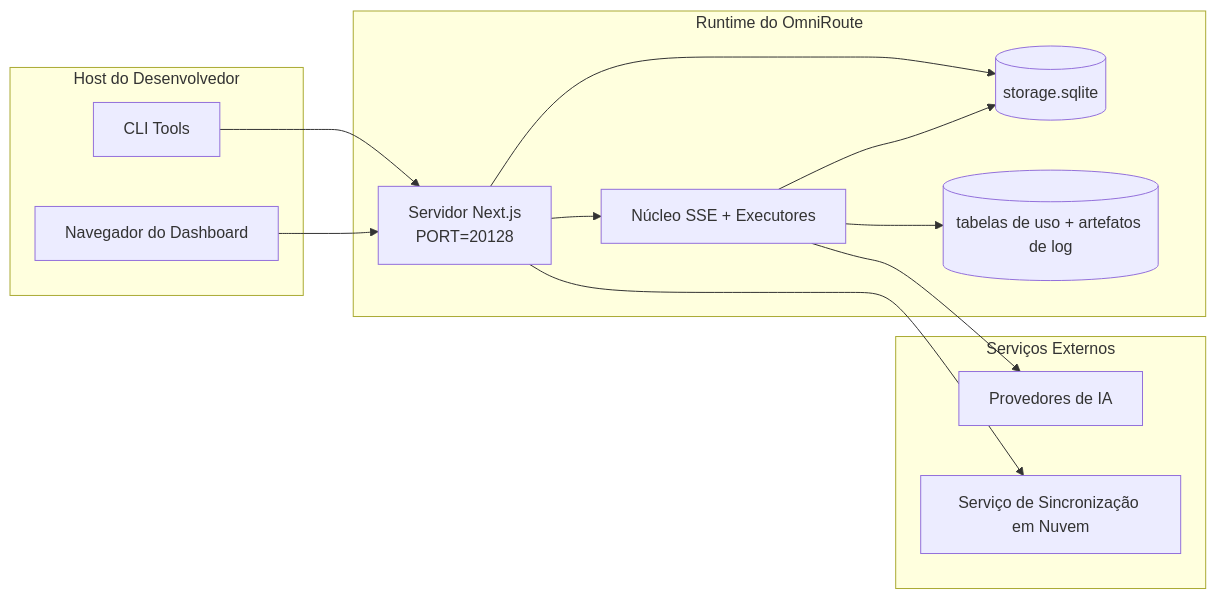
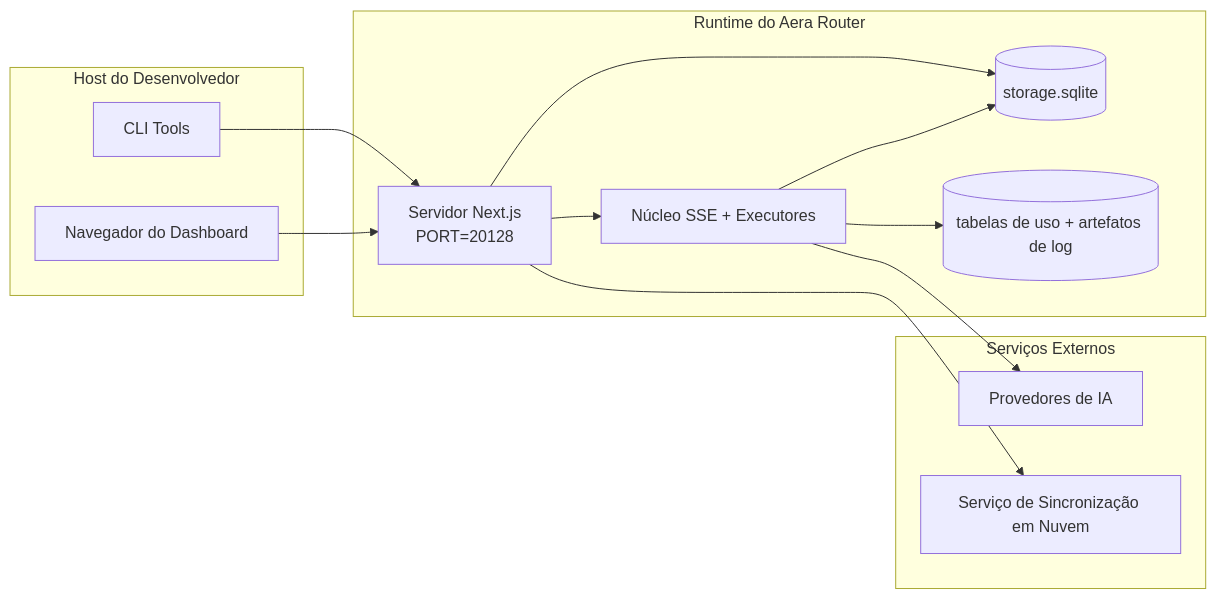
One commit to manoj-dahal/Aera-router changed the seventh of 7 diagrams in docs/i18n/pt-BR/docs/architecture/ARCHITECTURE.md. Above: the diagram before and after it, drawn with Mermaid. The commit also changed other lines of this file and 4210 other files, not shown here.

````diff
--- a/docs/i18n/pt-BR/docs/architecture/ARCHITECTURE.md
+++ b/docs/i18n/pt-BR/docs/architecture/ARCHITECTURE.md
@@ -791,28 +791,28 @@
 ```mermaid
 flowchart LR
     subgraph LocalHost[Host do Desenvolvedor]
         CLI[CLI Tools]
         Browser[Navegador do Dashboard]
     end
 
-    subgraph ContainerOrProcess[Runtime do OmniRoute]
+    subgraph ContainerOrProcess[Runtime do Aera Router]
         Next[Servidor Next.js\nPORT=20128]
         Core[Núcleo SSE + Executores]
         MainDB[(storage.sqlite)]
         UsageDB[(tabelas de uso + artefatos de log)]
     end
 
     subgraph External[Serviços Externos]
         Providers[Provedores de IA]
         SyncCloud[Serviço de Sincronização em Nuvem]
     end
 
     CLI --> Next
     Browser --> Next
     Next --> Core
     Next --> MainDB
     Core --> MainDB
     Core --> UsageDB
     Core --> Providers
     Next --> SyncCloud
 ```
````
